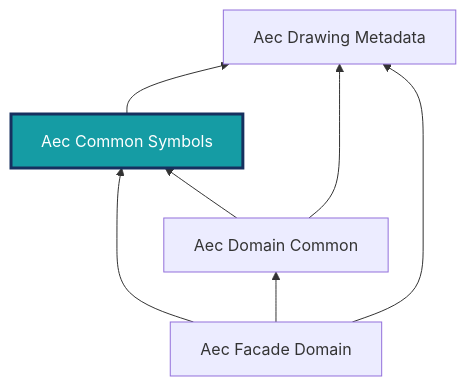
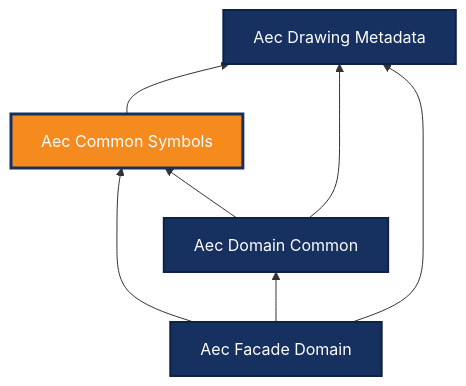
One commit to BuroHappoldMachineLearning/ADIRO changed the diagram in docs/ontologies/aec_common_symbols.md. Above: the diagram before and after it, drawn with Mermaid. The commit also changed 5 other files, not shown here.

First line of the commit message:
docs: orange highlight for current ontology, blue for others in diagrams

````diff
--- a/docs/ontologies/aec_common_symbols.md
+++ b/docs/ontologies/aec_common_symbols.md
@@ -17,15 +17,17 @@
 ```mermaid
 graph BT
     aec_drawing_metadata["Aec Drawing Metadata"]
     aec_common_symbols["Aec Common Symbols"]
     aec_domain_common["Aec Domain Common"]
     aec_facade_domain["Aec Facade Domain"]
     aec_common_symbols --> aec_drawing_metadata
     aec_domain_common --> aec_common_symbols
     aec_domain_common --> aec_drawing_metadata
     aec_facade_domain --> aec_common_symbols
     aec_facade_domain --> aec_domain_common
     aec_facade_domain --> aec_drawing_metadata
-    classDef highlight fill:#159ca4,stroke:#16305f,stroke-width:3px,color:#ffffff;
-    class aec_common_symbols highlight;
+    classDef base fill:#16305f,stroke:#0e2247,stroke-width:2px,color:#ffffff;
+    class aec_drawing_metadata,aec_domain_common,aec_facade_domain base;
+    classDef current fill:#f58a1f,stroke:#16305f,stroke-width:3px,color:#ffffff;
+    class aec_common_symbols current;
 ```
````
